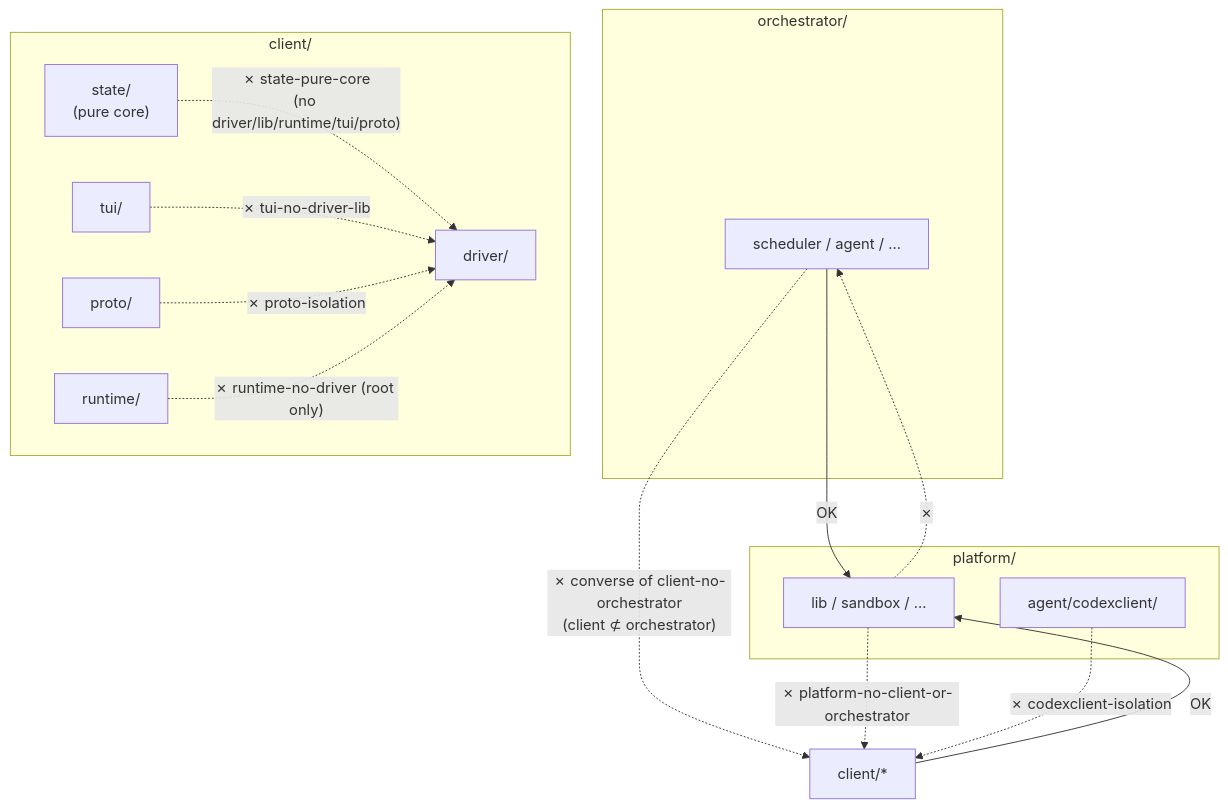
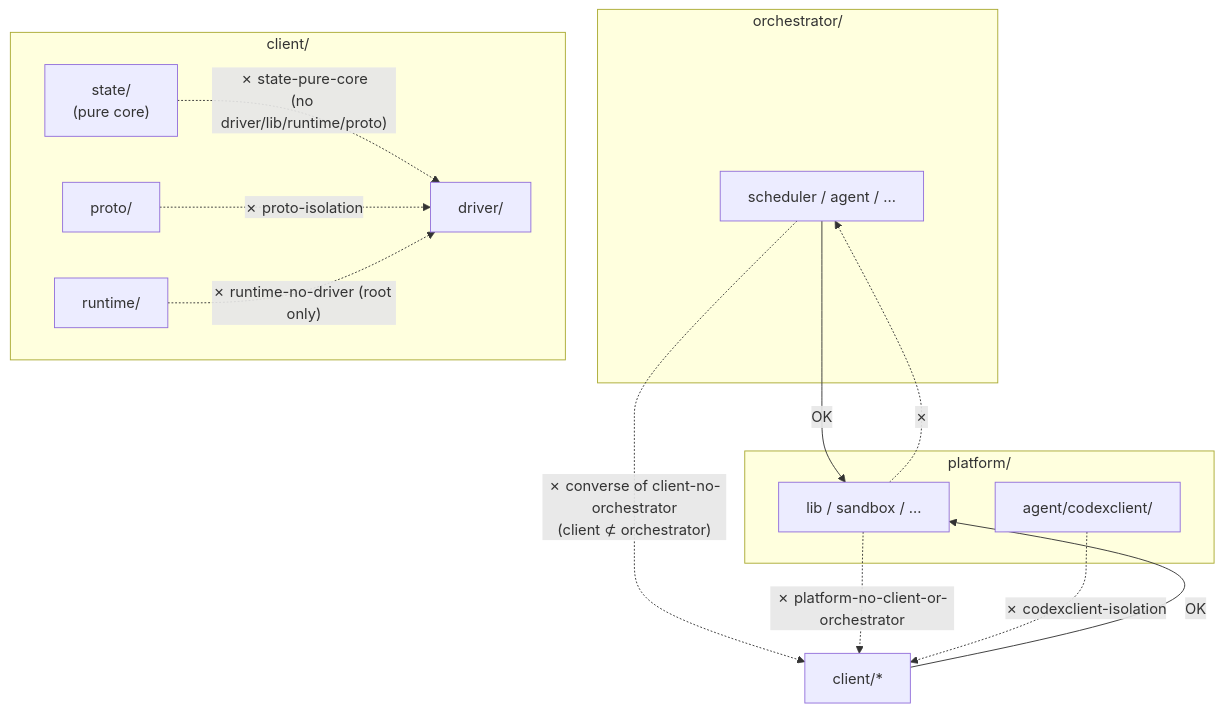
Before and after one commit to takezoh/agent-reactor: the diagram in docs/technical/code-enforcement.md, drawn with Mermaid. The commit also changed other lines of this file and 268 other files, not shown here.

````diff
--- a/docs/technical/code-enforcement.md
+++ b/docs/technical/code-enforcement.md
@@ -11,29 +11,27 @@
 ```mermaid
 flowchart TD
     subgraph orchestrator["orchestrator/"]
         ORCH["scheduler / agent / …"]
     end
     subgraph client["client/"]
         STATE["state/<br/>(pure core)"]
-        TUI["tui/"]
         PROTO["proto/"]
         RT["runtime/"]
         DRIVER["driver/"]
     end
     subgraph platform["platform/"]
         PLAT["lib / sandbox / …"]
         CODEXC["agent/codexclient/"]
     end
 
     ORCH -->|OK| PLAT
     CLIENTBOX["client/*"] -->|OK| PLAT
     ORCH -. "✗ converse of client-no-orchestrator<br/>(client ⊄ orchestrator)" .-> CLIENTBOX
     PLAT -. "✗ platform-no-client-or-orchestrator" .-> CLIENTBOX
     PLAT -. "✗" .-> ORCH
     CODEXC -. "✗ codexclient-isolation" .-> CLIENTBOX
 
-    STATE -. "✗ state-pure-core<br/>(no driver/lib/runtime/tui/proto)" .-> DRIVER
-    TUI -. "✗ tui-no-driver-lib" .-> DRIVER
+    STATE -. "✗ state-pure-core<br/>(no driver/lib/runtime/proto)" .-> DRIVER
     PROTO -. "✗ proto-isolation" .-> DRIVER
     RT -. "✗ runtime-no-driver (root only)" .-> DRIVER
 ```
````
